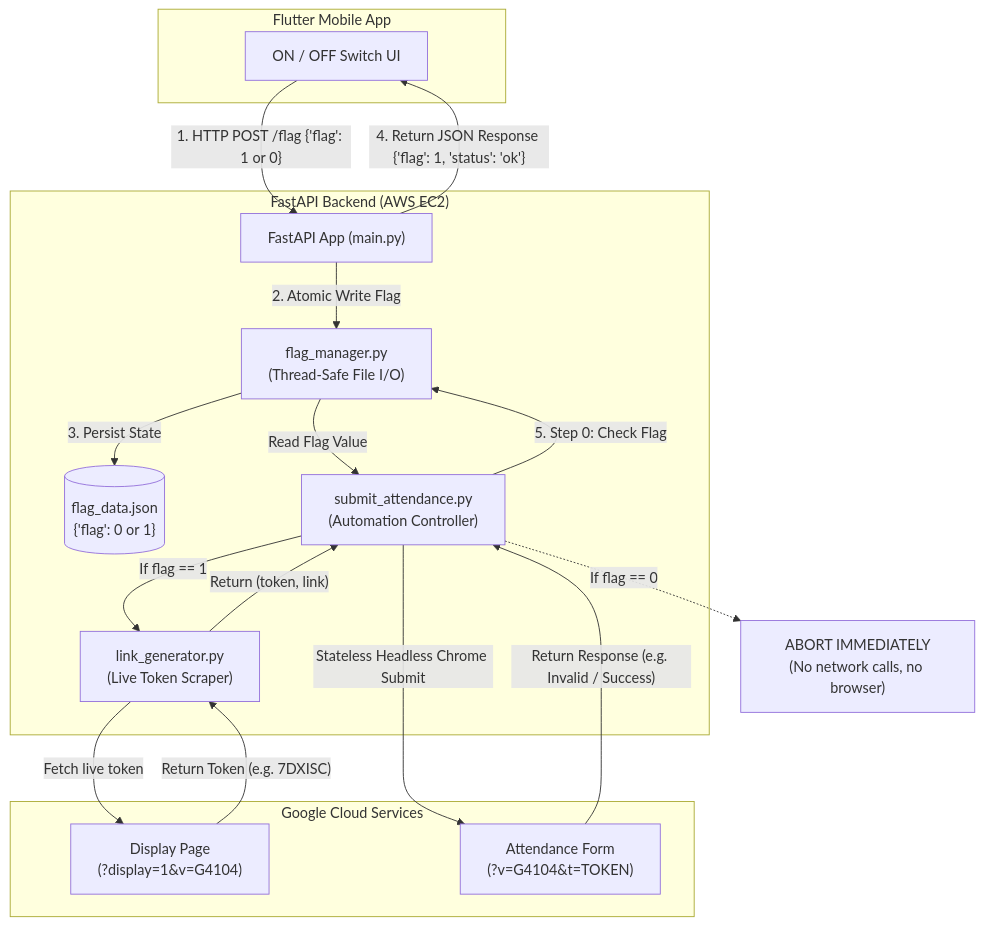
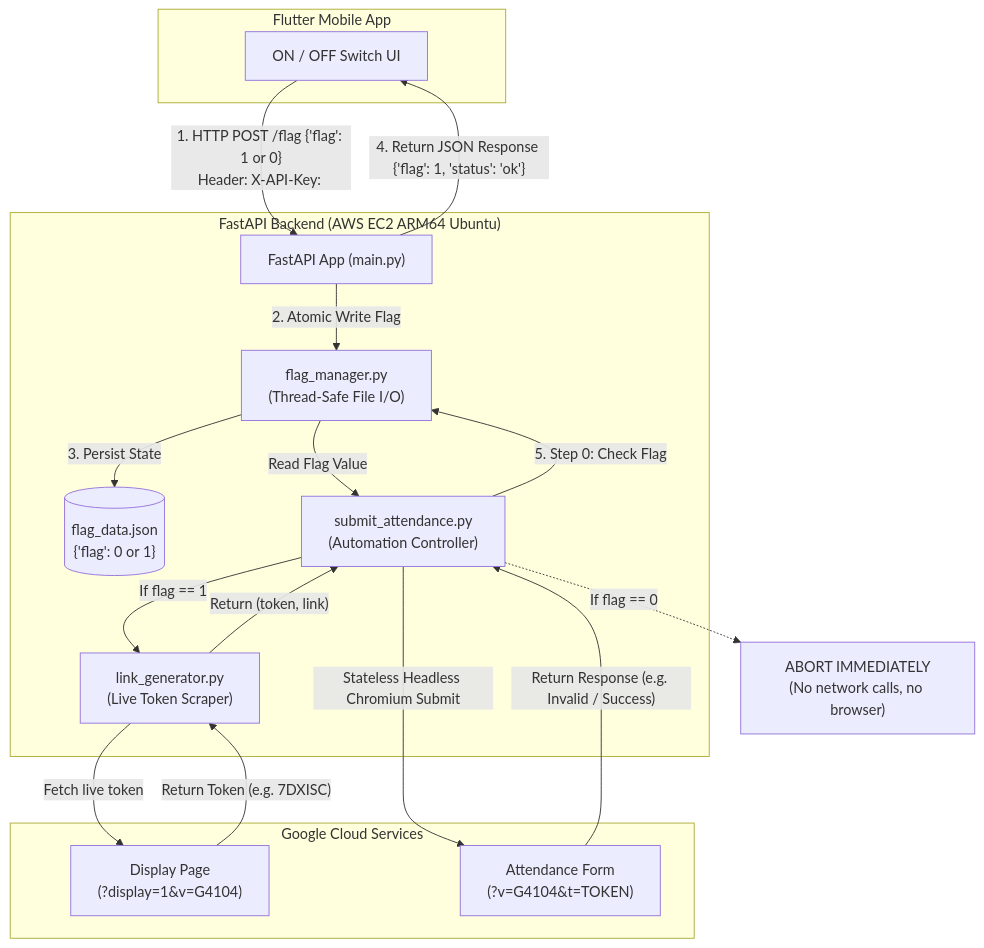
The diagram in idea.md (Sph1333y/0x_project_trigger), drawn with Mermaid before and after one commit. The commit also changed other lines of this file and 9 other files, not shown here.

Commit message:
Prepare ARM64 IPv6 EC2 deployment with header-only auth and concurrency protection

````diff
--- a/idea.md
+++ b/idea.md
@@ -22,36 +23,36 @@
 ```mermaid
 flowchart TD
     subgraph Client["Flutter Mobile App"]
         Switch["ON / OFF Switch UI"]
     end
 
-    subgraph Backend["FastAPI Backend (AWS EC2)"]
+    subgraph Backend["FastAPI Backend (AWS EC2 ARM64 Ubuntu)"]
         API["FastAPI App (main.py)"]
         FlagStore[("flag_data.json\n{'flag': 0 or 1}")]
         FlagMgr["flag_manager.py\n(Thread-Safe File I/O)"]
         Runner["submit_attendance.py\n(Automation Controller)"]
         LinkGen["link_generator.py\n(Live Token Scraper)"]
     end
 
     subgraph External["Google Cloud Services"]
         DisplayPage["Display Page\n(?display=1&v=G4104)"]
         AttendPage["Attendance Form\n(?v=G4104&t=TOKEN)"]
     end
 
     %% Flow 1: Toggle Command
-    Switch -->|"1. HTTP POST /flag {'flag': 1 or 0}"| API
+    Switch -->|"1. HTTP POST /flag {'flag': 1 or 0}\nHeader: X-API-Key: <API_KEY>"| API
     API -->|"2. Atomic Write Flag"| FlagMgr
     FlagMgr -->|"3. Persist State"| FlagStore
     API -->|"4. Return JSON Response {'flag': 1, 'status': 'ok'}"| Switch
 
     %% Flow 2: Attendance Execution
     Runner -->|"5. Step 0: Check Flag"| FlagMgr
     FlagMgr -->|"Read Flag Value"| Runner
     Runner -.->|"If flag == 0"| Abort["ABORT IMMEDIATELY\n(No network calls, no browser)"]
     Runner -->|"If flag == 1"| LinkGen
     LinkGen -->|"Fetch live token"| DisplayPage
     DisplayPage -->|"Return Token (e.g. 7DXISC)"| LinkGen
     LinkGen -->|"Return (token, link)"| Runner
-    Runner -->|"Stateless Headless Chrome Submit"| AttendPage
+    Runner -->|"Stateless Headless Chromium Submit"| AttendPage
     AttendPage -->|"Return Response (e.g. Invalid / Success)"| Runner
 ```
````
